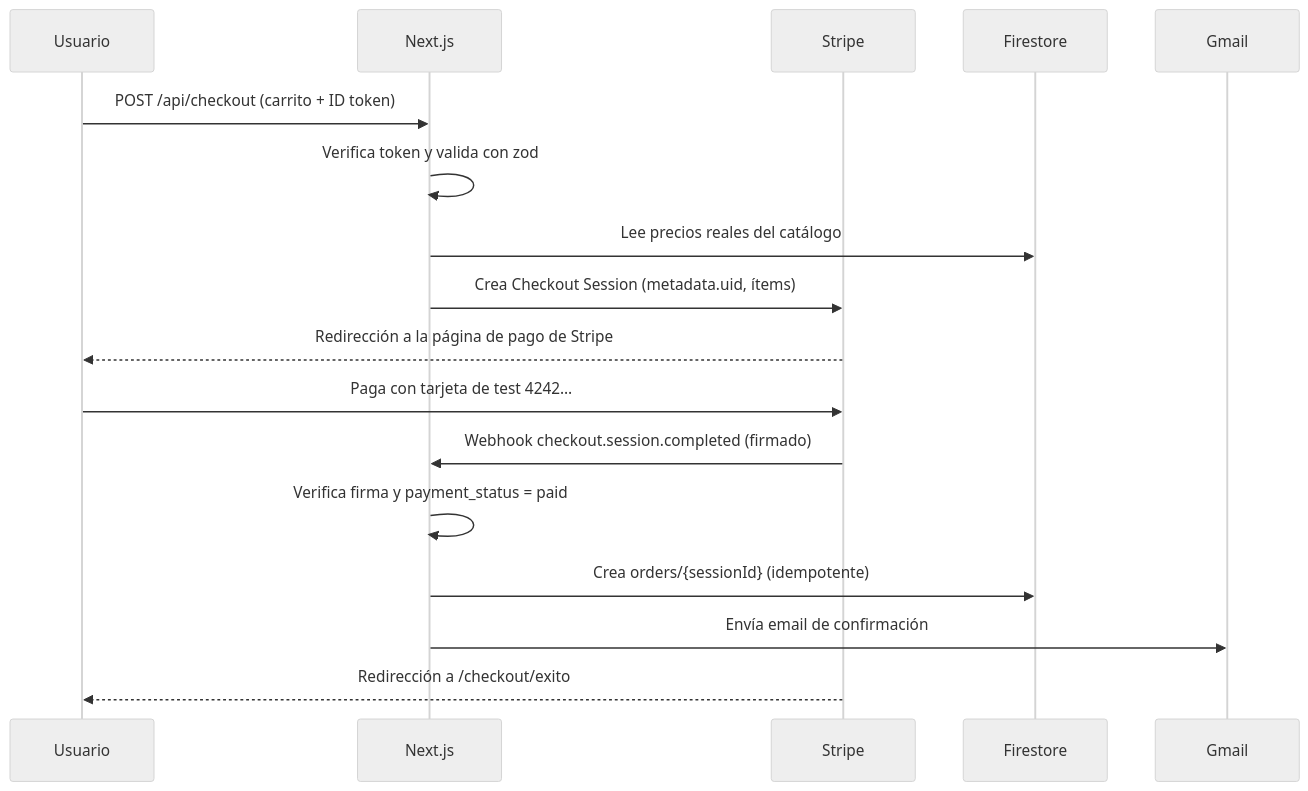
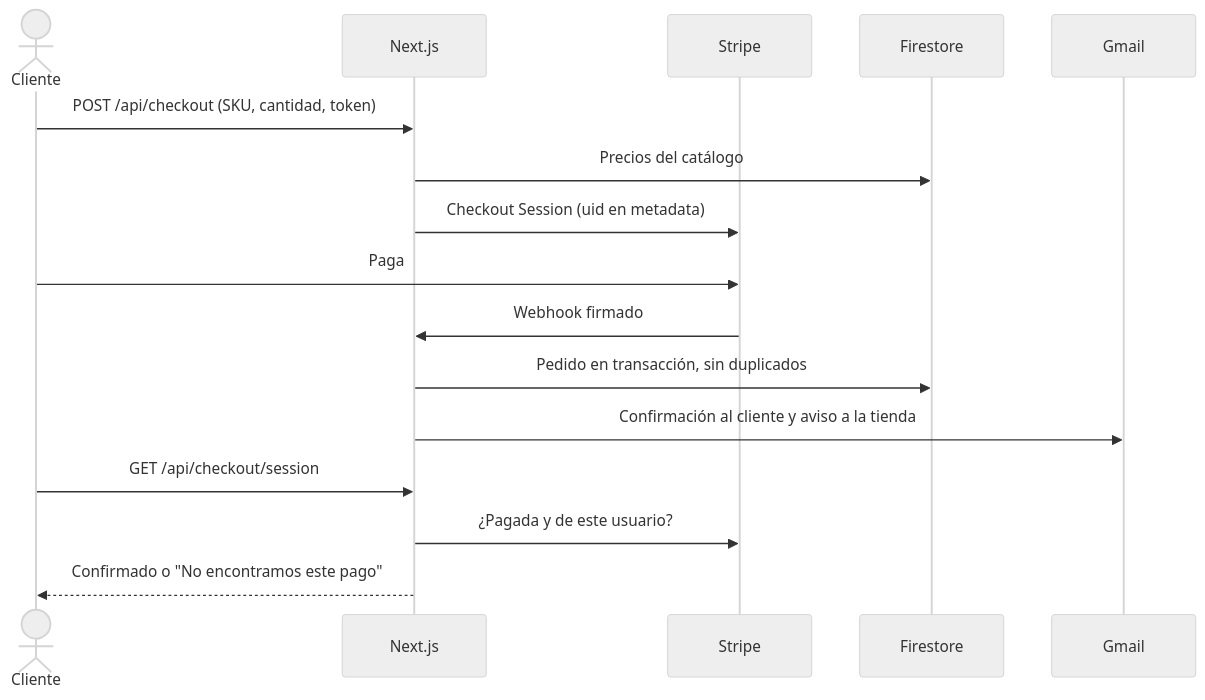
The second of 3 diagrams in ARQUITECTURA.md (mendokar/clearpoint-ai), drawn with Mermaid (neutral theme) before and after one commit. The commit also changed other lines of this file and 3 other files, not shown here.

Commit message:
docs: arquitectura versión 2 con historial, versión 1 conservada y presentación con diagramas

````diff
--- a/ARQUITECTURA.md
+++ b/ARQUITECTURA.md
@@ -203,20 +155,18 @@
 ```mermaid
 sequenceDiagram
-    participant U as Usuario
+    actor C as Cliente
     participant W as Next.js
     participant S as Stripe
     participant F as Firestore
-    participant R as Gmail
-
-    U->>W: POST /api/checkout (carrito + ID token)
-    W->>W: Verifica token y valida con zod
-    W->>F: Lee precios reales del catálogo
-    W->>S: Crea Checkout Session (metadata.uid, ítems)
-    S-->>U: Redirección a la página de pago de Stripe
-    U->>S: Paga con tarjeta de test 4242…
-    S->>W: Webhook checkout.session.completed (firmado)
-    W->>W: Verifica firma y payment_status = paid
-    W->>F: Crea orders/{sessionId} (idempotente)
-    W->>R: Envía email de confirmación
-    S-->>U: Redirección a /checkout/exito
+    participant G as Gmail
+    C->>W: POST /api/checkout (SKU, cantidad, token)
+    W->>F: Precios del catálogo
+    W->>S: Checkout Session (uid en metadata)
+    C->>S: Paga
+    S->>W: Webhook firmado
+    W->>F: Pedido en transacción, sin duplicados
+    W->>G: Confirmación al cliente y aviso a la tienda
+    C->>W: GET /api/checkout/session
+    W->>S: ¿Pagada y de este usuario?
+    W-->>C: Confirmado o "No encontramos este pago"
 ```
````
